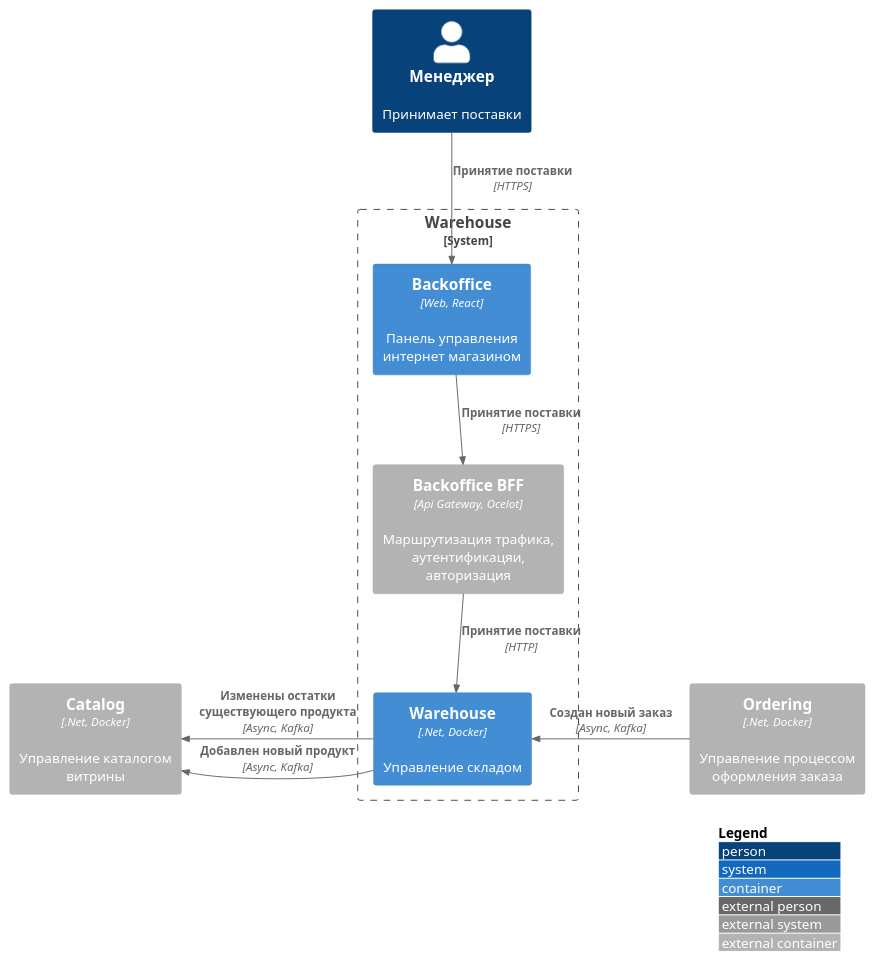
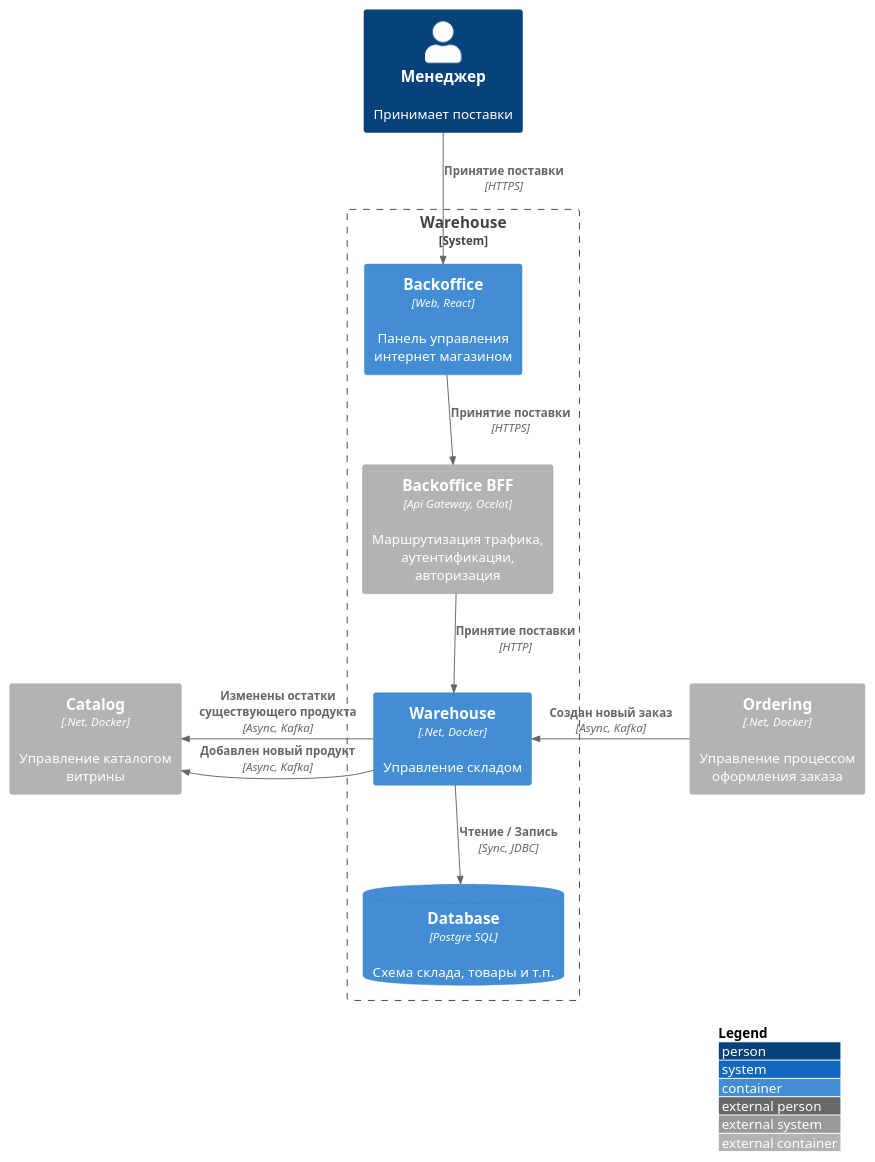
One commit to gerzhan/knigaexpert-system-design changed the first of 2 diagrams in services/warehouse/README.md. Above: the diagram before and after it, drawn with PlantUML. The commit also changed 1 other file, not shown here.

````diff
--- a/services/warehouse/README.md
+++ b/services/warehouse/README.md
@@ -9,34 +9,36 @@
 ```plantuml
 !include https://raw.githubusercontent.com/plantuml-stdlib/C4-PlantUML/master/C4_Container.puml
 
 skinparam wrapWidth 200
 skinparam maxMessageSize 200
 
 LAYOUT_TOP_DOWN()
 LAYOUT_WITH_LEGEND()
 
 Person(manager, Менеджер, "Принимает поставки")
 
 
 System_Boundary(boundary, "Warehouse") {
 
 ' Backoffice
 Container(backoffice_app, "Backoffice", "Web, React", "Панель управления интернет магазином")  
 Container_Ext(backoffice_bff, "Backoffice BFF", "Api Gateway, Ocelot", "Маршрутизация трафика, аутентификацяи, авторизация")
 Rel(backoffice_app, backoffice_bff, "Принятие поставки", "HTTPS")
 Rel(manager, backoffice_app, "Принятие поставки", "HTTPS")
 
 
 ' Services
 Container(warehouse, "Warehouse", ".Net, Docker", "Управление складом")
+ContainerDb(warehouse_db, "Database", "Postgre SQL", "Схема склада, товары и т.п.")
+Rel(warehouse, warehouse_db, "Чтение / Запись", "Sync, JDBC")
 Rel(backoffice_bff, warehouse, "Принятие поставки", "HTTP")
 }
 
 Container_Ext(catalog, "Catalog", ".Net, Docker", "Управление каталогом витрины")
 Rel_L(warehouse, catalog, "Добавлен новый продукт", "Async, Kafka")
 Rel_L(warehouse, catalog, "Изменены остатки существующего продукта", "Async, Kafka")
 
 Container_Ext(ordering, "Ordering", ".Net, Docker", "Управление процессом оформления заказа")
 Rel_L(ordering, warehouse, "Cоздан новый заказ", "Async, Kafka")
 
 ```
````
